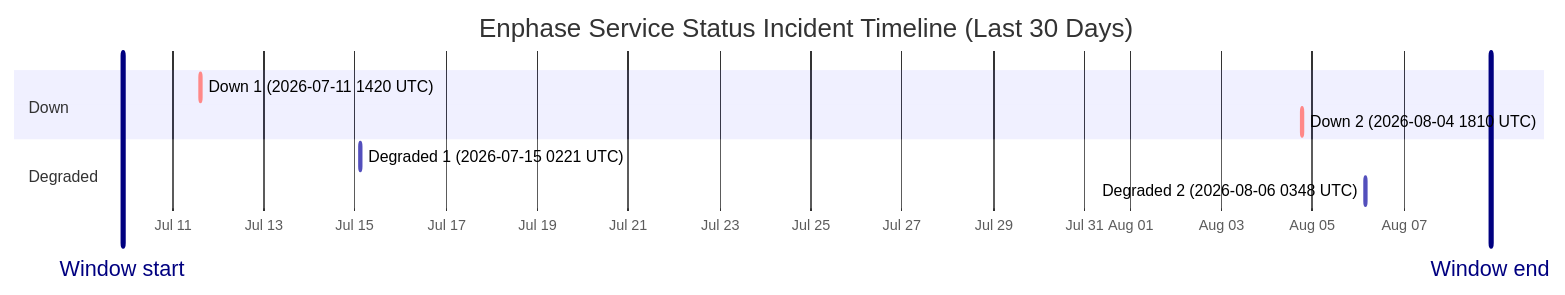
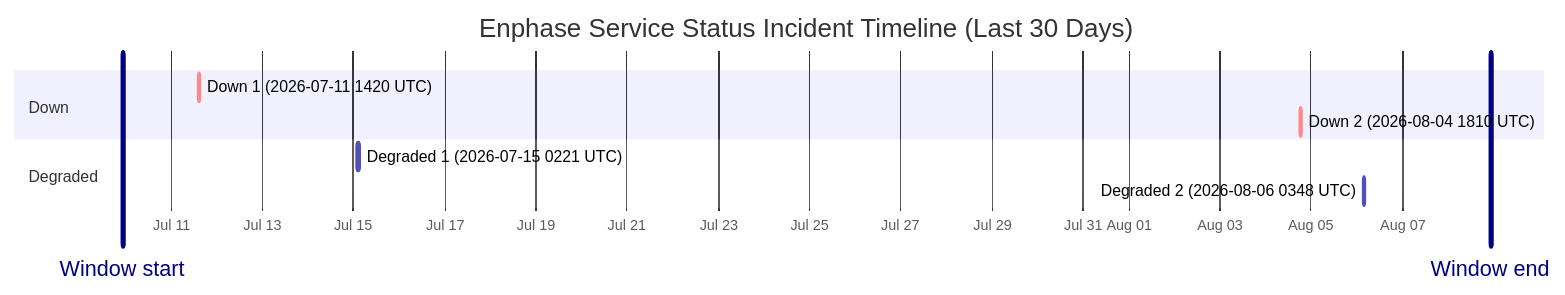
Before and after one commit to barneyonline/ha-enphase-energy: the diagram in wiki/Service-Status-History.md, drawn with Mermaid. The commit also changed other lines of this file and 3 other files, not shown here.

````diff
--- a/wiki/Service-Status-History.md
+++ b/wiki/Service-Status-History.md
@@ -14,14 +14,14 @@
 ```mermaid
 gantt
     title Enphase Service Status Incident Timeline (Last 30 Days)
     dateFormat  YYYY-MM-DDTHH:mm:ss
     axisFormat  %b %d
-    Window start :vert, window-start, 2026-07-09T21:38:10, 0ms
-    Window end :vert, window-end, 2026-08-08T21:38:10, 0ms
+    Window start :vert, window-start, 2026-07-09T22:26:44, 0ms
+    Window end :vert, window-end, 2026-08-08T22:26:44, 0ms
     section Down
     Down 1 (2026-07-11 1420 UTC) :crit, down-1, 2026-07-11T14:20:54, 69m
     Down 2 (2026-08-04 1810 UTC) :crit, down-2, 2026-08-04T18:10:46, 60m
     section Degraded
     Degraded 1 (2026-07-15 0221 UTC) :active, degraded-1, 2026-07-15T02:21:35, 60m
     Degraded 2 (2026-08-06 0348 UTC) :active, degraded-2, 2026-08-06T03:48:14, 60m
 ```
````
